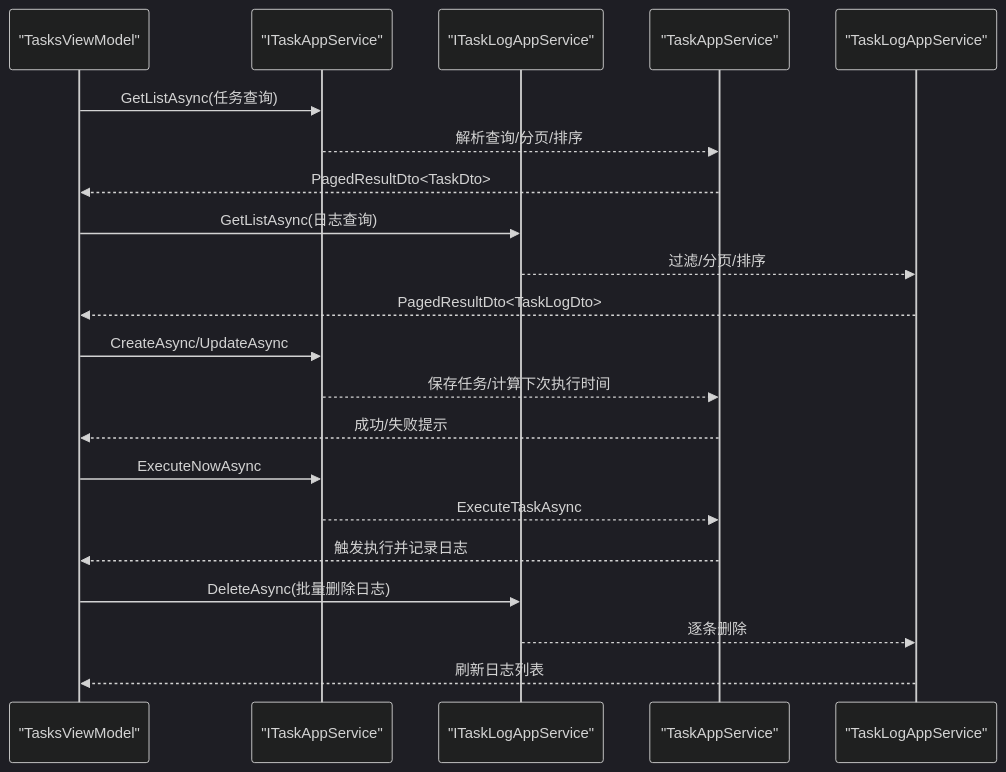
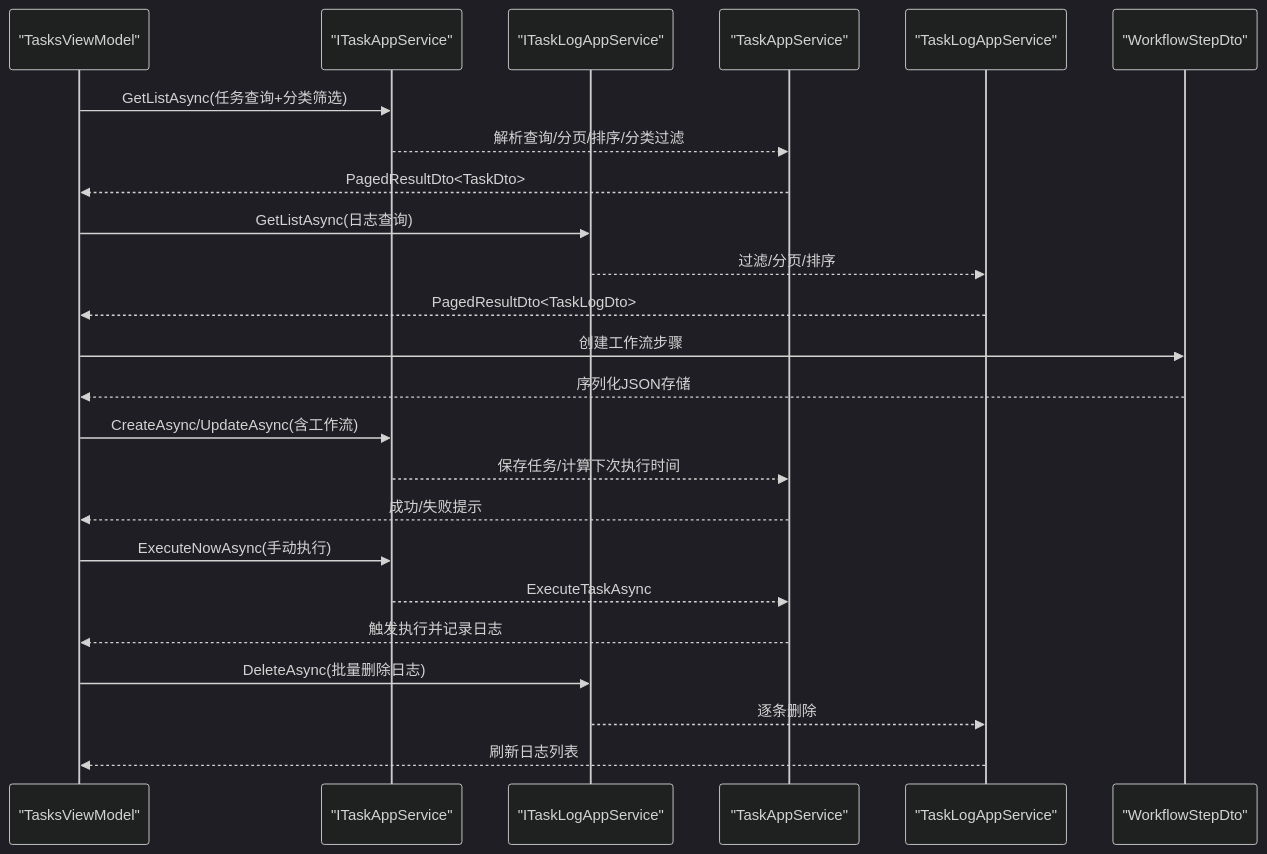
One commit to openlowcodelab/lowcode changed the second of 10 diagrams in .qoder/repowiki/zh/content/AI助手服务/桌面端应用/视图模型层/任务管理视图模型.md. Above: the diagram before and after it, drawn with Mermaid (dark theme). The commit also changed other lines of this file and 118 other files, not shown here.

````diff
--- a/.qoder/repowiki/zh/content/AI助手服务/桌面端应用/视图模型层/任务管理视图模型.md
+++ b/.qoder/repowiki/zh/content/AI助手服务/桌面端应用/视图模型层/任务管理视图模型.md
@@ -85,23 +108,26 @@
 ```mermaid
 sequenceDiagram
 participant UI as "TasksViewModel"
 participant IT as "ITaskAppService"
 participant IL as "ITaskLogAppService"
 participant TS as "TaskAppService"
 participant LS as "TaskLogAppService"
-UI->>IT : GetListAsync(任务查询)
-IT-->>TS : 解析查询/分页/排序
+participant WF as "WorkflowStepDto"
+UI->>IT : GetListAsync(任务查询+分类筛选)
+IT-->>TS : 解析查询/分页/排序/分类过滤
 TS-->>UI : PagedResultDto<TaskDto>
 UI->>IL : GetListAsync(日志查询)
 IL-->>LS : 过滤/分页/排序
 LS-->>UI : PagedResultDto<TaskLogDto>
-UI->>IT : CreateAsync/UpdateAsync
+UI->>WF : 创建工作流步骤
+WF-->>UI : 序列化JSON存储
+UI->>IT : CreateAsync/UpdateAsync(含工作流)
 IT-->>TS : 保存任务/计算下次执行时间
 TS-->>UI : 成功/失败提示
-UI->>IT : ExecuteNowAsync
+UI->>IT : ExecuteNowAsync(手动执行)
 IT-->>TS : ExecuteTaskAsync
 TS-->>UI : 触发执行并记录日志
 UI->>IL : DeleteAsync(批量删除日志)
 IL-->>LS : 逐条删除
 LS-->>UI : 刷新日志列表
 ```
````
